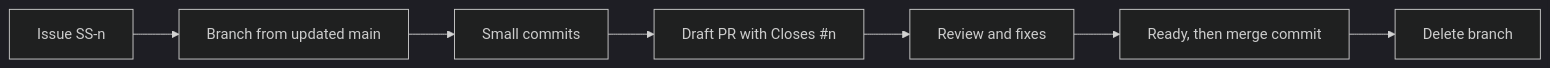
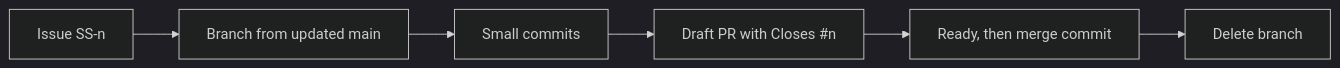
Before and after one commit to NotThaDev/SiteSense: the diagram in .claude/skills/delivery-workflow/SKILL.md, drawn with Mermaid (dark theme). The commit also changed other lines of this file, not shown here.

Commit message:
docs(skills): remove review and deep check sections (SK-9)

````diff
--- a/.claude/skills/delivery-workflow/SKILL.md
+++ b/.claude/skills/delivery-workflow/SKILL.md
@@ -25,9 +25,8 @@
 ```mermaid
 flowchart LR
   A["Issue SS-n"] --> B["Branch from updated main"]
   B --> C["Small commits"]
   C --> D["Draft PR with Closes #n"]
-  D --> E["Review and fixes"]
-  E --> F["Ready, then merge commit"]
+  D --> F["Ready, then merge commit"]
   F --> G["Delete branch"]
 ```
````
